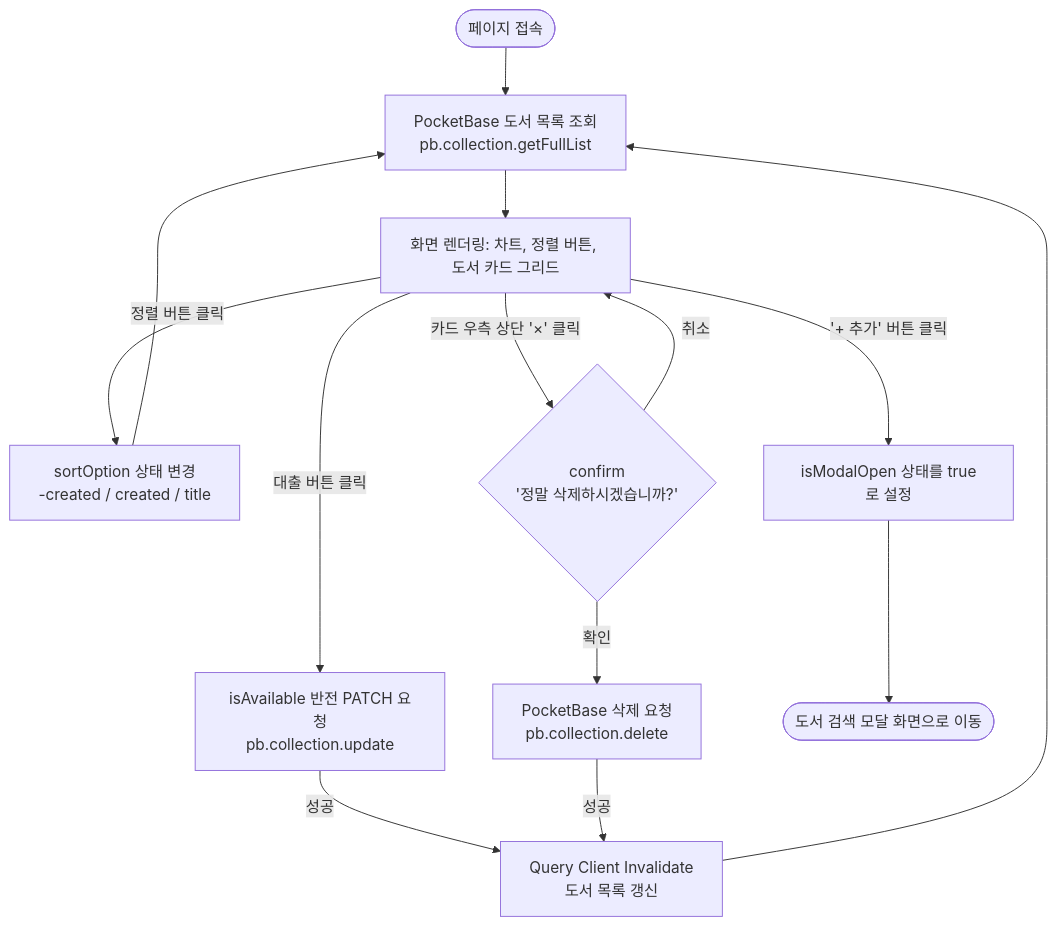
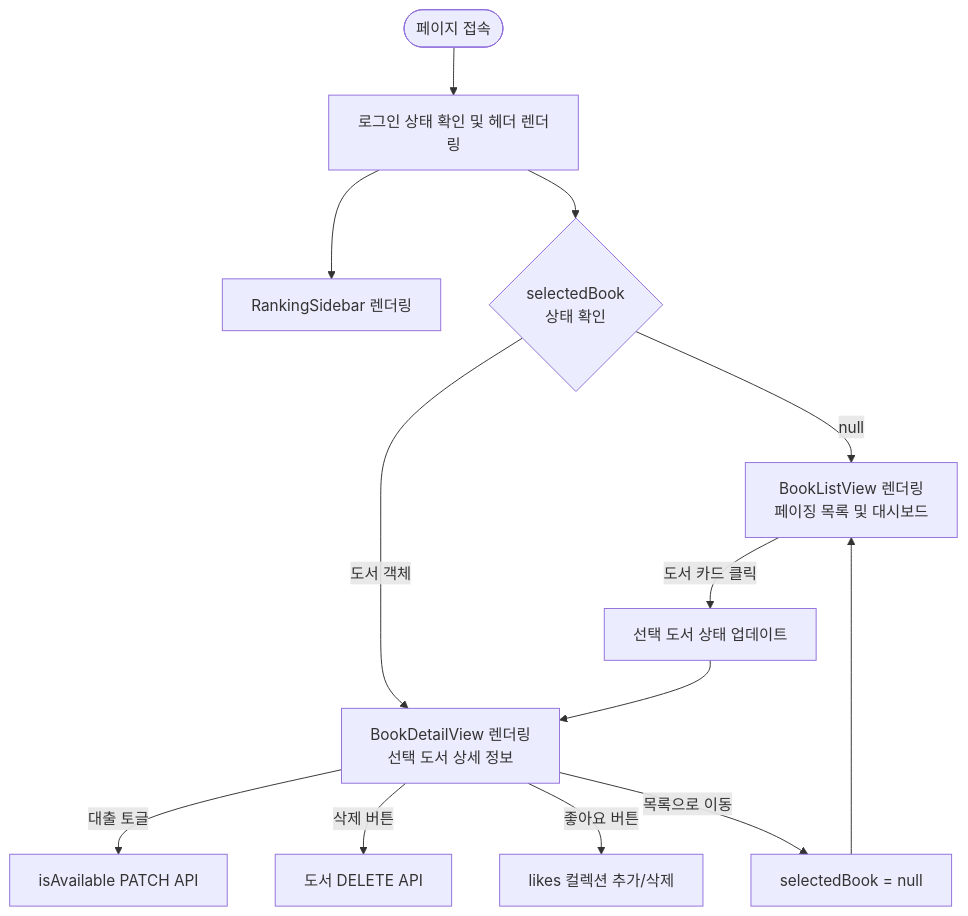
Before and after one commit to Jonghyeon-Bae/library-mini-project4: the first of 3 diagrams in docs/wireframe.md, drawn with Mermaid. The commit also changed other lines of this file and 7 other files, not shown here.

````diff
--- a/docs/wireframe.md
+++ b/docs/wireframe.md
@@ -19,24 +23,21 @@
 ```mermaid
 flowchart TD
-    START([페이지 접속]) --> LOAD[PocketBase 도서 목록 조회<br/>pb.collection.getFullList]
-    LOAD --> RENDER[화면 렌더링: 차트, 정렬 버튼, 도서 카드 그리드]
+    START([페이지 접속]) --> HEADER[로그인 상태 확인 및 헤더 렌더링]
+    HEADER --> RENDER_SIDEBAR[RankingSidebar 렌더링]
+    HEADER --> CHECK_SELECTED{selectedBook<br/>상태 확인}
 
-    %% 정렬 변경 흐름
-    RENDER -->|정렬 버튼 클릭| SORT[sortOption 상태 변경<br/>-created / created / title]
-    SORT --> LOAD
+    %% 뷰 스위칭
+    CHECK_SELECTED -->|null| RENDER_LIST[BookListView 렌더링<br/>페이징 목록 및 대시보드]
+    CHECK_SELECTED -->|도서 객체| RENDER_DETAIL[BookDetailView 렌더링<br/>선택 도서 상세 정보]
 
-    %% 대출 상태 토글 흐름
-    RENDER -->|대출 버튼 클릭| TOGGLE[isAvailable 반전 PATCH 요청<br/>pb.collection.update]
-    TOGGLE -->|성공| REFRESH[Query Client Invalidate<br/>도서 목록 갱신]
-    REFRESH --> LOAD
+    %% 리스트 뷰 인터랙션
+    RENDER_LIST -->|도서 카드 클릭| SET_SELECTED[선택 도서 상태 업데이트]
+    SET_SELECTED --> RENDER_DETAIL
 
-    %% 도서 삭제 흐름
-    RENDER -->|카드 우측 상단 '×' 클릭| CONFIRM{confirm<br/>'정말 삭제하시겠습니까?'}
-    CONFIRM -->|확인| DELETE[PocketBase 삭제 요청<br/>pb.collection.delete]
-    CONFIRM -->|취소| RENDER
-    DELETE -->|성공| REFRESH
-
-    %% 모달 오픈 흐름
-    RENDER -->|'+ 추가' 버튼 클릭| OPEN_MODAL[isModalOpen 상태를 true로 설정]
-    OPEN_MODAL --> MODAL_VIEW([도서 검색 모달 화면으로 이동])
+    %% 상세 뷰 인터랙션
+    RENDER_DETAIL -->|대출 토글| TOGGLE[isAvailable PATCH API]
+    RENDER_DETAIL -->|삭제 버튼| DELETE[도서 DELETE API]
+    RENDER_DETAIL -->|좋아요 버튼| LIKE[likes 컬렉션 추가/삭제]
+    RENDER_DETAIL -->|목록으로 이동| CLEAR_SELECTED[selectedBook = null]
+    CLEAR_SELECTED --> RENDER_LIST
 ```
````
